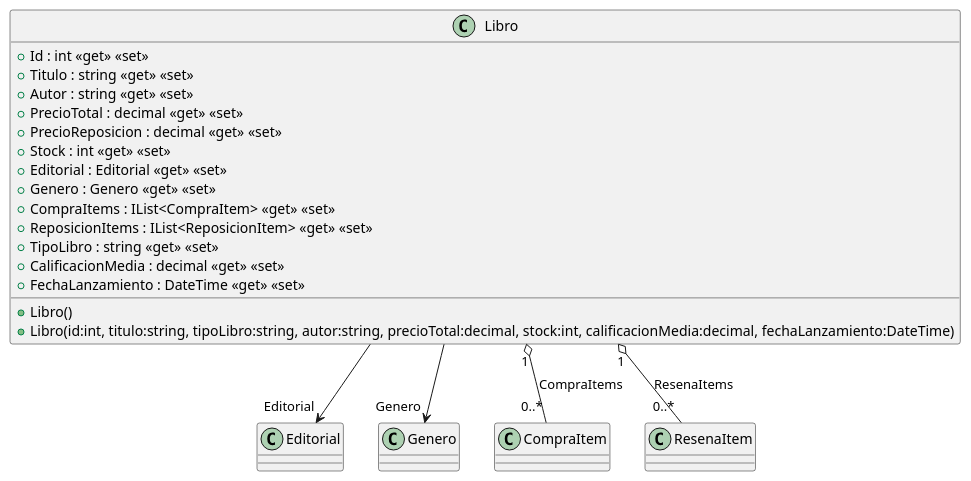
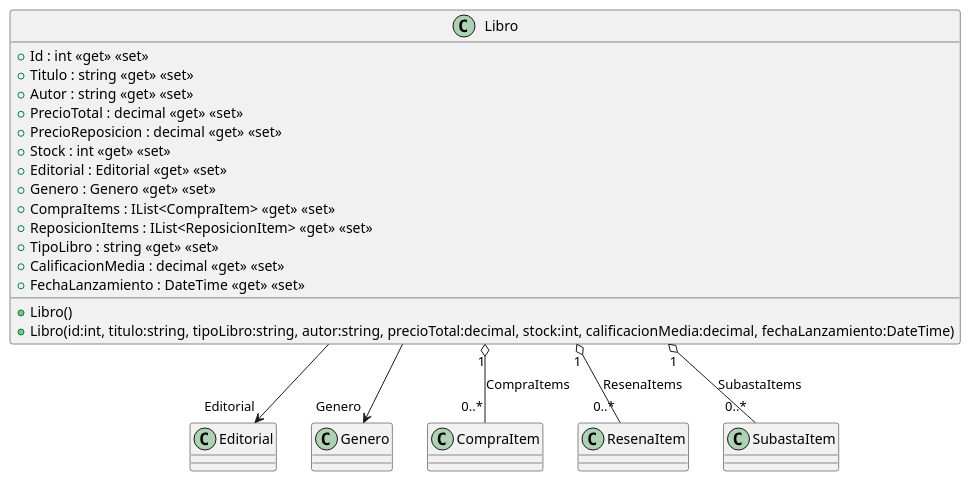
Before and after one commit to ISII2627LosElnes/ISII2627LosElnes: the diagram in src/AppForSEII.API/ClassDiagram/Libro.puml, drawn with PlantUML. The commit also changed 3 other files, not shown here.

Commit message:
Se han modificado subasta.puml, Libro.puml, CU-SubastaLibros.puml y creado SubastaItem.puml

```diff
--- a/src/AppForSEII.API/ClassDiagram/Libro.puml
+++ b/src/AppForSEII.API/ClassDiagram/Libro.puml
@@ -1,24 +1,26 @@
 @startuml
 class Libro {
     + Libro()
     + Libro(id:int, titulo:string, tipoLibro:string, autor:string, precioTotal:decimal, stock:int, calificacionMedia:decimal, fechaLanzamiento:DateTime)
     + Id : int <<get>> <<set>>
     + Titulo : string <<get>> <<set>>
     + Autor : string <<get>> <<set>>
     + PrecioTotal : decimal <<get>> <<set>>
     + PrecioReposicion : decimal <<get>> <<set>>
     + Stock : int <<get>> <<set>>
     + Editorial : Editorial <<get>> <<set>>
     + Genero : Genero <<get>> <<set>>
     + CompraItems : IList<CompraItem> <<get>> <<set>>
     + ReposicionItems : IList<ReposicionItem> <<get>> <<set>>
     + TipoLibro : string <<get>> <<set>>
     + CalificacionMedia : decimal <<get>> <<set>>
      + FechaLanzamiento : DateTime <<get>> <<set>>
 }
 
 Libro --> "Editorial" Editorial
 Libro --> "Genero" Genero
 Libro "1" o-- "0..*" CompraItem : CompraItems
 Libro "1" o-- "0..*" ResenaItem : ResenaItems
+
+Libro "1" o-- "0..*" SubastaItem : SubastaItems
 @enduml
```
